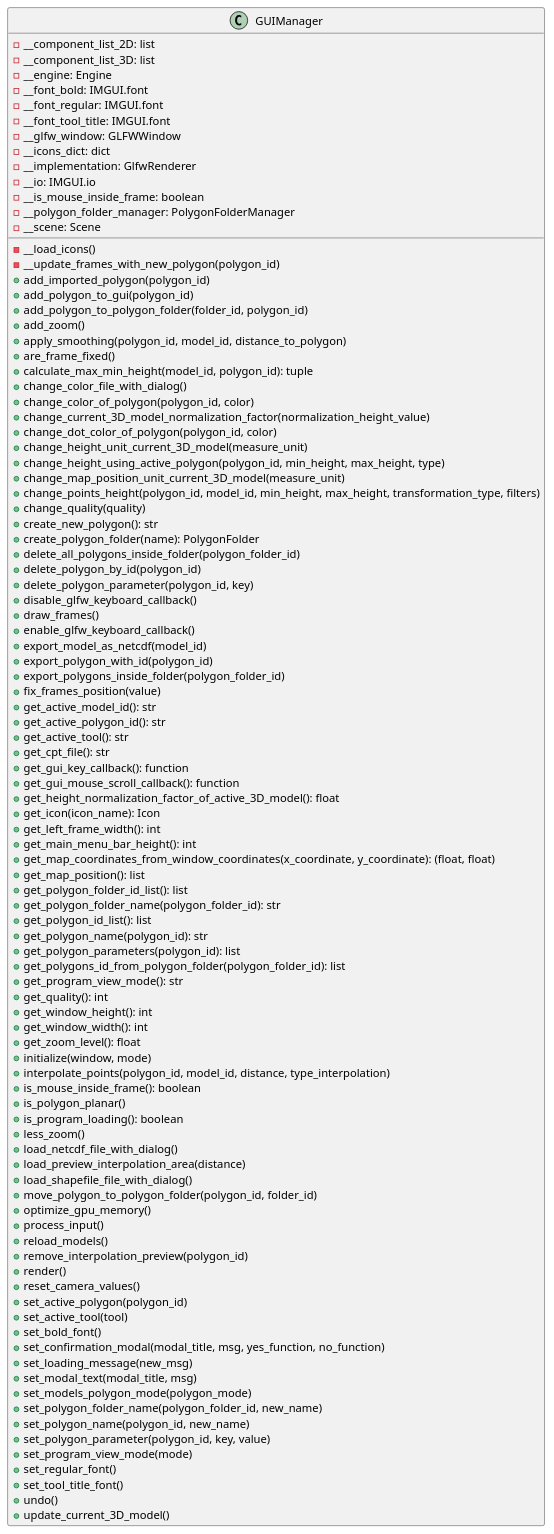
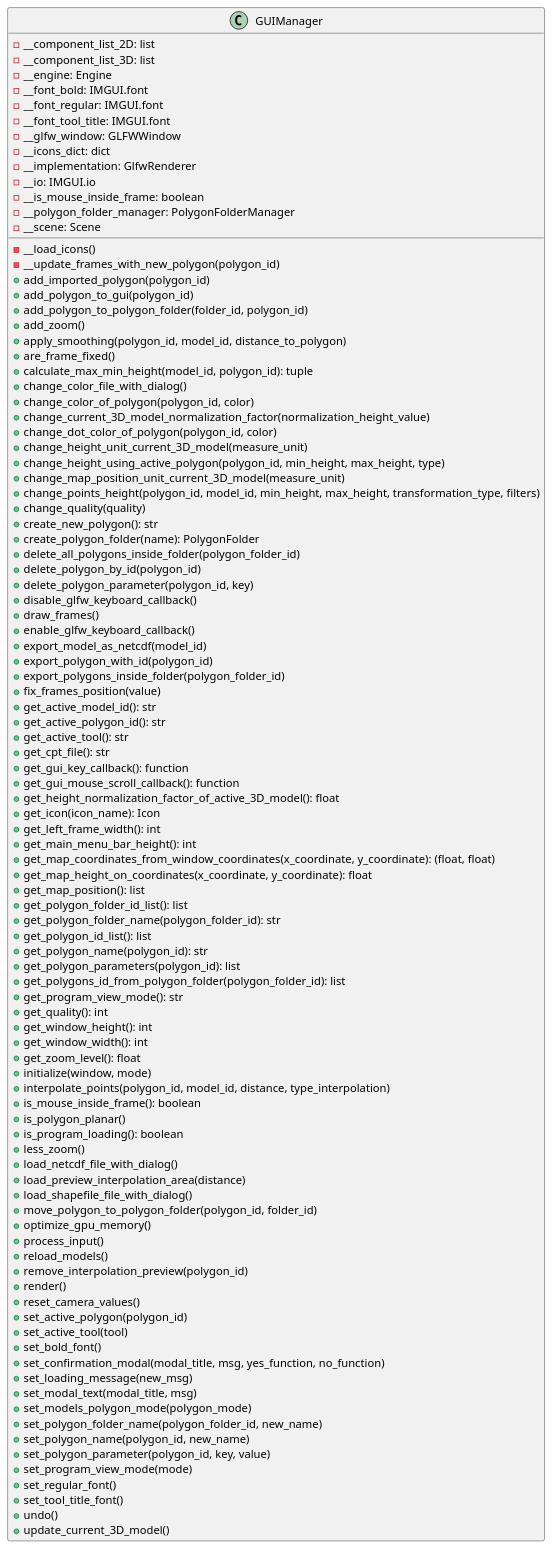
One commit to ferpoble2/Relief_Creator changed the diagram in docs/classes/GUIManager.puml. Above: the diagram before and after it, drawn with PlantUML. The commit also changed 10 other files, not shown here.

```diff
--- a/docs/classes/GUIManager.puml
+++ b/docs/classes/GUIManager.puml
@@ -1,103 +1,104 @@
 @startuml
 'https://plantuml.com/class-diagram
 class GUIManager{
     - __component_list_2D: list
     - __component_list_3D: list
     - __engine: Engine
     - __font_bold: IMGUI.font
     - __font_regular: IMGUI.font
     - __font_tool_title: IMGUI.font
     - __glfw_window: GLFWWindow
     - __icons_dict: dict
     - __implementation: GlfwRenderer
     - __io: IMGUI.io
     - __is_mouse_inside_frame: boolean
     - __polygon_folder_manager: PolygonFolderManager
     - __scene: Scene
 
     - __load_icons()
     - __update_frames_with_new_polygon(polygon_id)
     + add_imported_polygon(polygon_id)
     + add_polygon_to_gui(polygon_id)
     + add_polygon_to_polygon_folder(folder_id, polygon_id)
     + add_zoom()
     + apply_smoothing(polygon_id, model_id, distance_to_polygon)
     + are_frame_fixed()
     + calculate_max_min_height(model_id, polygon_id): tuple
     + change_color_file_with_dialog()
     + change_color_of_polygon(polygon_id, color)
     + change_current_3D_model_normalization_factor(normalization_height_value)
     + change_dot_color_of_polygon(polygon_id, color)
     + change_height_unit_current_3D_model(measure_unit)
     + change_height_using_active_polygon(polygon_id, min_height, max_height, type)
     + change_map_position_unit_current_3D_model(measure_unit)
     + change_points_height(polygon_id, model_id, min_height, max_height, transformation_type, filters)
     + change_quality(quality)
     + create_new_polygon(): str
     + create_polygon_folder(name): PolygonFolder
     + delete_all_polygons_inside_folder(polygon_folder_id)
     + delete_polygon_by_id(polygon_id)
     + delete_polygon_parameter(polygon_id, key)
     + disable_glfw_keyboard_callback()
     + draw_frames()
     + enable_glfw_keyboard_callback()
     + export_model_as_netcdf(model_id)
     + export_polygon_with_id(polygon_id)
     + export_polygons_inside_folder(polygon_folder_id)
     + fix_frames_position(value)
     + get_active_model_id(): str
     + get_active_polygon_id(): str
     + get_active_tool(): str
     + get_cpt_file(): str
     + get_gui_key_callback(): function
     + get_gui_mouse_scroll_callback(): function
     + get_height_normalization_factor_of_active_3D_model(): float
     + get_icon(icon_name): Icon
     + get_left_frame_width(): int
     + get_main_menu_bar_height(): int
     + get_map_coordinates_from_window_coordinates(x_coordinate, y_coordinate): (float, float)
+    + get_map_height_on_coordinates(x_coordinate, y_coordinate): float
     + get_map_position(): list
     + get_polygon_folder_id_list(): list
     + get_polygon_folder_name(polygon_folder_id): str
     + get_polygon_id_list(): list
     + get_polygon_name(polygon_id): str
     + get_polygon_parameters(polygon_id): list
     + get_polygons_id_from_polygon_folder(polygon_folder_id): list
     + get_program_view_mode(): str
     + get_quality(): int
     + get_window_height(): int
     + get_window_width(): int
     + get_zoom_level(): float
     + initialize(window, mode)
     + interpolate_points(polygon_id, model_id, distance, type_interpolation)
     + is_mouse_inside_frame(): boolean
     + is_polygon_planar()
     + is_program_loading(): boolean
     + less_zoom()
     + load_netcdf_file_with_dialog()
     + load_preview_interpolation_area(distance)
     + load_shapefile_file_with_dialog()
     + move_polygon_to_polygon_folder(polygon_id, folder_id)
     + optimize_gpu_memory()
     + process_input()
     + reload_models()
     + remove_interpolation_preview(polygon_id)
     + render()
     + reset_camera_values()
     + set_active_polygon(polygon_id)
     + set_active_tool(tool)
     + set_bold_font()
     + set_confirmation_modal(modal_title, msg, yes_function, no_function)
     + set_loading_message(new_msg)
     + set_modal_text(modal_title, msg)
     + set_models_polygon_mode(polygon_mode)
     + set_polygon_folder_name(polygon_folder_id, new_name)
     + set_polygon_name(polygon_id, new_name)
     + set_polygon_parameter(polygon_id, key, value)
     + set_program_view_mode(mode)
     + set_regular_font()
     + set_tool_title_font()
     + undo()
     + update_current_3D_model()
 }
 @enduml
```
